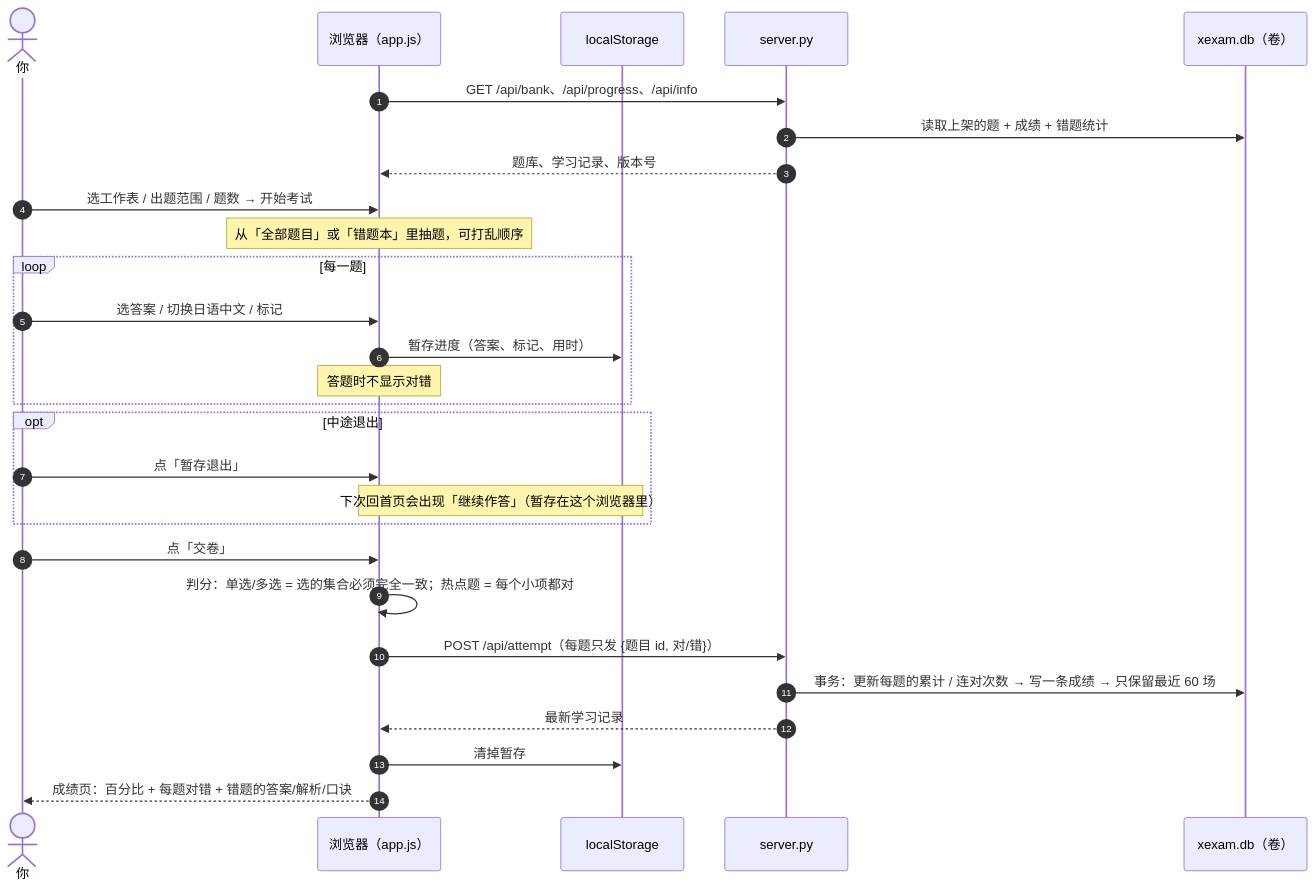
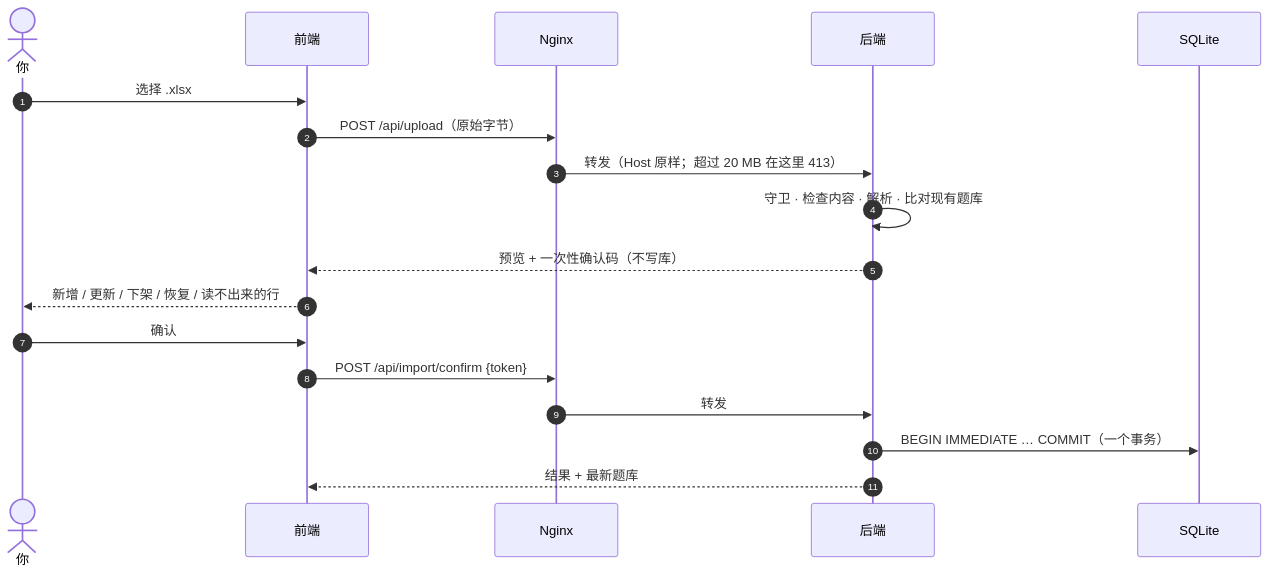
Before and after one commit to Yumin-Space/xexam: the second of 6 diagrams in README.md, drawn with Mermaid. The commit also changed other lines of this file and 186 other files, not shown here.

````diff
--- a/README.md
+++ b/README.md
@@ -287,31 +135,20 @@
 ```mermaid
 sequenceDiagram
     autonumber
-    actor U as 你
-    participant B as 浏览器（app.js）
-    participant LS as localStorage
-    participant S as server.py
-    participant F as xexam.db（卷）
-
-    B->>S: GET /api/bank、/api/progress、/api/info
-    S->>F: 读取上架的题 + 成绩 + 错题统计
-    S-->>B: 题库、学习记录、版本号
-    U->>B: 选工作表 / 出题范围 / 题数 → 开始考试
-    Note over B: 从「全部题目」或「错题本」里抽题，可打乱顺序
-    loop 每一题
-        U->>B: 选答案 / 切换日语中文 / 标记
-        B->>LS: 暂存进度（答案、标记、用时）
-        Note over B: 答题时不显示对错
-    end
-    opt 中途退出
-        U->>B: 点「暂存退出」
-        Note over B,LS: 下次回首页会出现「继续作答」（暂存在这个浏览器里）
-    end
-    U->>B: 点「交卷」
-    B->>B: 判分：单选/多选 = 选的集合必须完全一致；热点题 = 每个小项都对
-    B->>S: POST /api/attempt（每题只发 {题目 id, 对/错}）
-    S->>F: 事务：更新每题的累计 / 连对次数 → 写一条成绩 → 只保留最近 60 场
-    S-->>B: 最新学习记录
-    B->>LS: 清掉暂存
-    B-->>U: 成绩页：百分比 + 每题对错 + 错题的答案/解析/口诀
+    actor 你
+    participant 前端
+    participant N as Nginx
+    participant 后端
+    participant 库 as SQLite
+    你->>前端: 选择 .xlsx
+    前端->>N: POST /api/upload（原始字节）
+    N->>后端: 转发（Host 原样；超过 20 MB 在这里 413）
+    后端->>后端: 守卫 · 检查内容 · 解析 · 比对现有题库
+    后端-->>前端: 预览 + 一次性确认码（不写库）
+    前端-->>你: 新增 / 更新 / 下架 / 恢复 / 读不出来的行
+    你->>前端: 确认
+    前端->>N: POST /api/import/confirm {token}
+    N->>后端: 转发
+    后端->>库: BEGIN IMMEDIATE … COMMIT（一个事务）
+    后端-->>前端: 结果 + 最新题库
 ```
````
